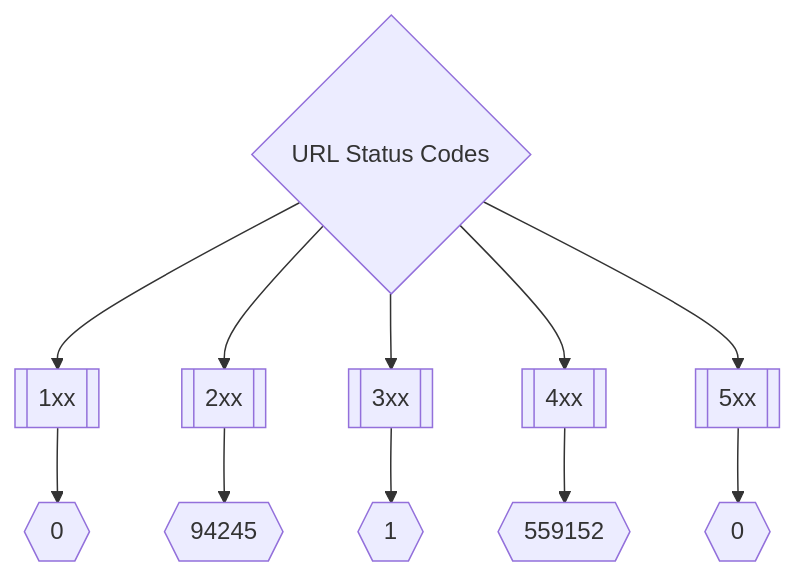
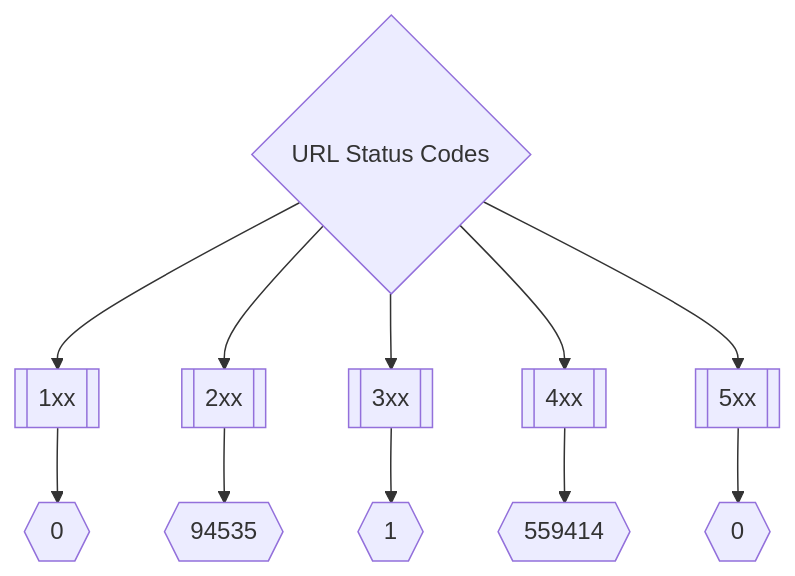
One commit to trickest/inventory changed the second of 3 diagrams in README.md. Above: the diagram before and after it, drawn with Mermaid. The commit also changed other lines of this file, not shown here.

Commit message:
Update README.md Sat Jul  9 21:51:19 UTC 2022

````diff
--- a/README.md
+++ b/README.md
@@ -175,8 +175,8 @@
 ```mermaid
 graph TD
 title{URL Status Codes} --> 1xx[[1xx]] --> status1xxNum{{0}}
-title --> 2xx[[2xx]] --> status2xxNum{{94245}}
+title --> 2xx[[2xx]] --> status2xxNum{{94535}}
 title --> 3xx[[3xx]] --> status3xxNum{{1}}
-title --> 4xx[[4xx]] --> status4xxNum{{559152}}
+title --> 4xx[[4xx]] --> status4xxNum{{559414}}
 title --> 5xx[[5xx]] --> status5xxNum{{0}}
 ```
````
